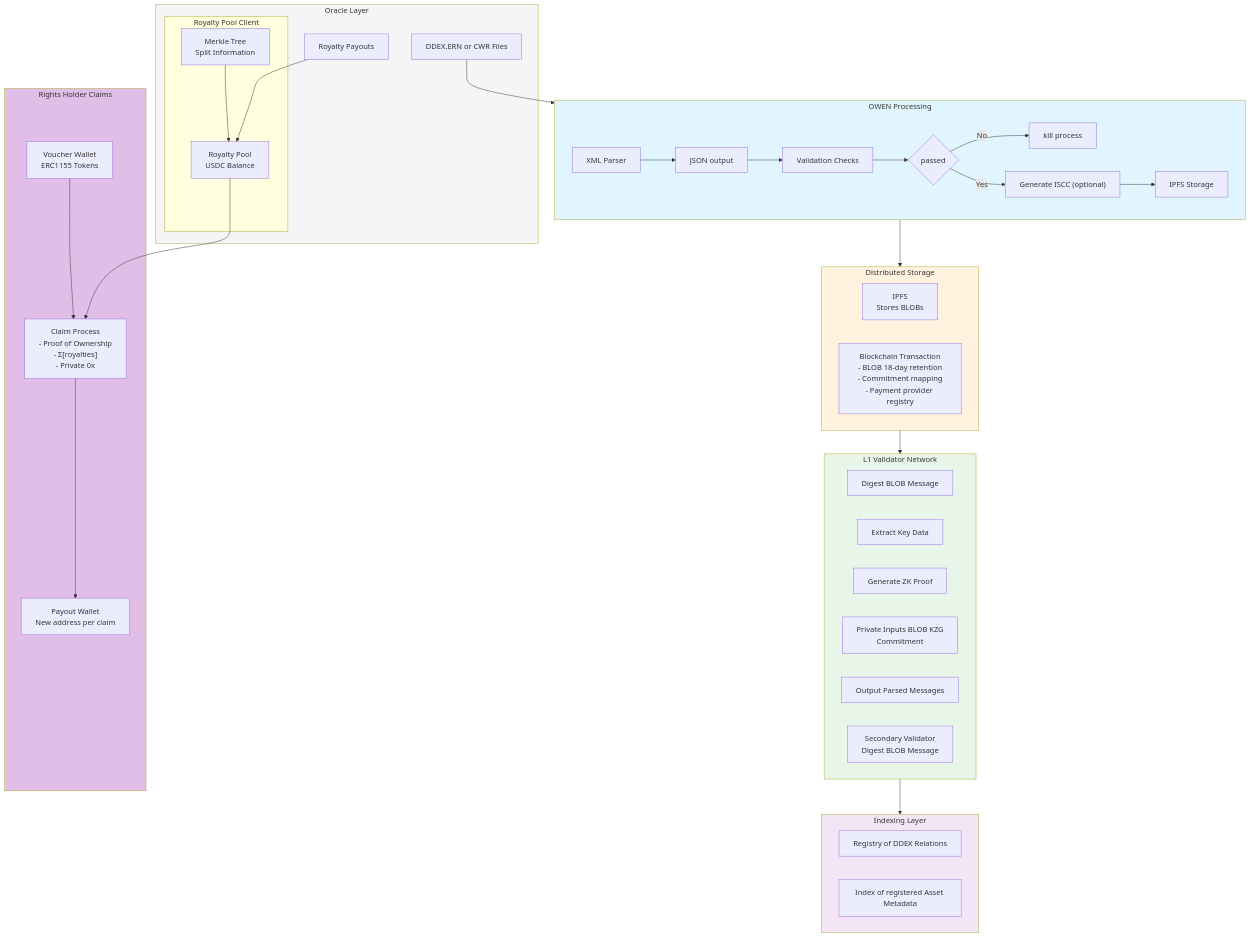
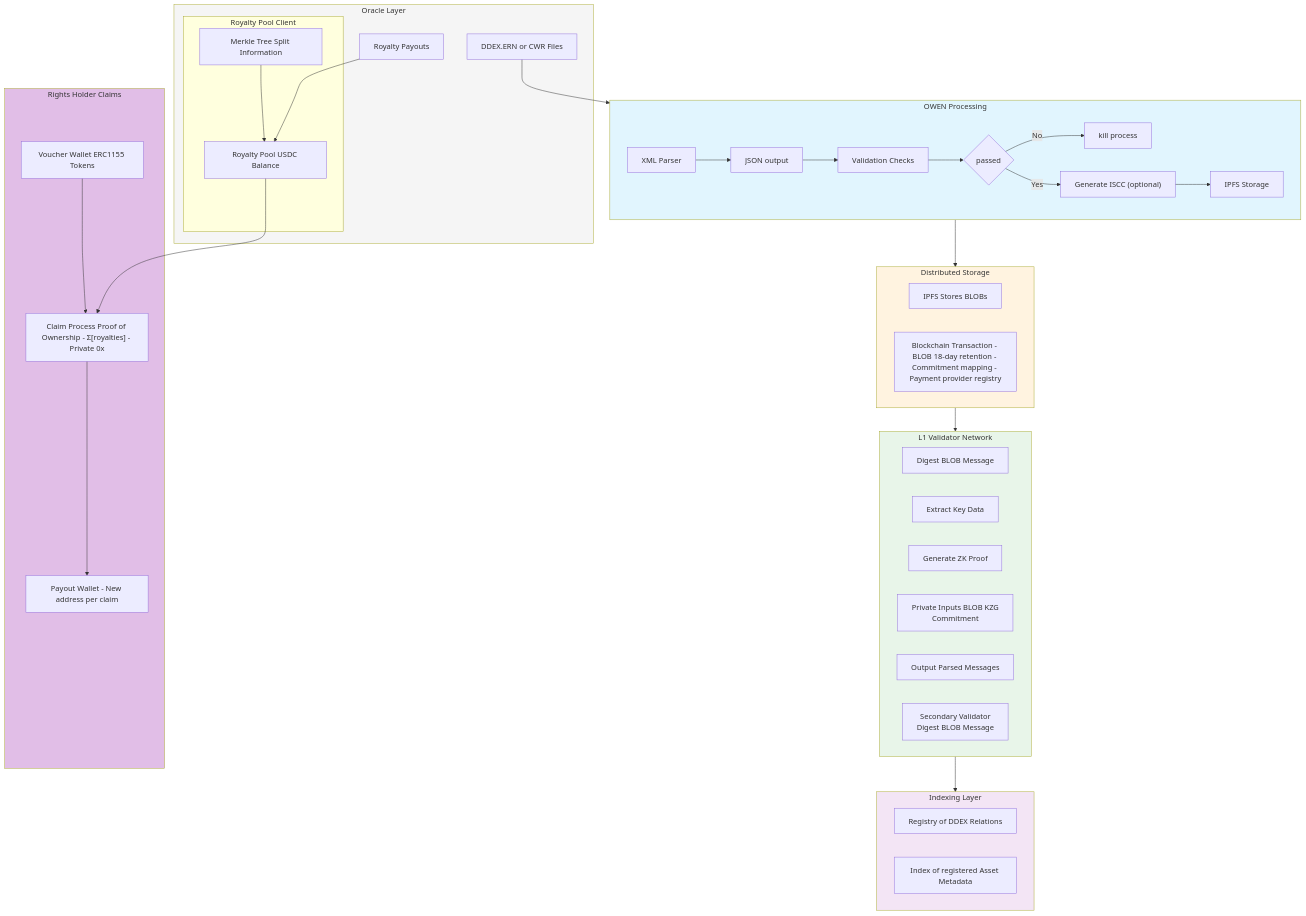
One commit to originalworks/gitbook changed the diagram in resources/main-flow.md. Above: the diagram before and after it, drawn with Mermaid.

````diff
--- a/resources/main-flow.md
+++ b/resources/main-flow.md
@@ -1,76 +1,76 @@
 ```mermaid
 
 flowchart TB
     subgraph Oracle["Oracle Layer"]
         input1["DDEX.ERN or CWR Files"]
         input3["Royalty Payouts"]
         
         subgraph RoyaltyClient["Royalty Pool Client"]
-            merkle["Merkle Tree\nSplit Information"]
-            pool["Royalty Pool\nUSDC Balance"]
+            merkle["Merkle Tree Split Information"]
+            pool["Royalty Pool USDC Balance"]
         end
 
         input3 --> pool
     end
 
     subgraph OWEN["OWEN Processing"]
         parse["XML Parser"]
         convert["JSON output"]
         check["Validation Checks"]
         passed{"passed"}
         kill["kill process"]
         generate["Generate ISCC (optional)"]
         ipfs["IPFS Storage"]
     
         parse --> convert
         convert --> check
         check --> passed
         passed -->|No| kill
         passed -->|Yes| generate
         generate --> ipfs
     end
 
     subgraph Storage["Distributed Storage"]
-        ipfsStore["IPFS\nStores BLOBs"]
-        blobContract["Blockchain Transaction\n- BLOB 18-day retention\n- Commitment mapping\n- Payment provider registry"]
+        ipfsStore["IPFS Stores BLOBs"]
+        blobContract["Blockchain Transaction - BLOB 18-day retention - Commitment mapping - Payment provider registry"]
     end
 
     subgraph ValidatorNetwork["L1 Validator Network"]
         digest1["Digest BLOB Message"]
         extract["Extract Key Data"]
         zkproof["Generate ZK Proof"]
         commit["Private Inputs BLOB KZG\nCommitment"]
         output["Output Parsed Messages"]
         digest2["Secondary Validator\nDigest BLOB Message"]
     end
 
     subgraph Index["Indexing Layer"]
         registry["Registry of DDEX Relations"]
         metadata["Index of registered Asset Metadata"]
     end
 
     subgraph RightsClaims["Rights Holder Claims"]
-        voucher["Voucher Wallet\nERC1155 Tokens"]
-        claim["Claim Process\n- Proof of Ownership\n- Σ[royalties]\n- Private 0x"]
-        payout["Payout Wallet\nNew address per claim"]
+        voucher["Voucher Wallet ERC1155 Tokens"]
+        claim["Claim Process Proof of Ownership - Σ[royalties] - Private 0x"]
+        payout["Payout Wallet - New address per claim"]
     end
 
     input1 --> OWEN
     OWEN --> Storage
     Storage --> ValidatorNetwork
     ValidatorNetwork --> Index
     
     merkle --> pool
     pool --> claim
     voucher --> claim
     claim --> payout
     
     style Oracle fill:#f5f5f5
     style OWEN fill:#e1f5fe
     style Storage fill:#fff3e0
     style ValidatorNetwork fill:#e8f5e9
     style Index fill:#f3e5f5
     style RightsClaims fill:#e1bee7
 
 
 ```
````
